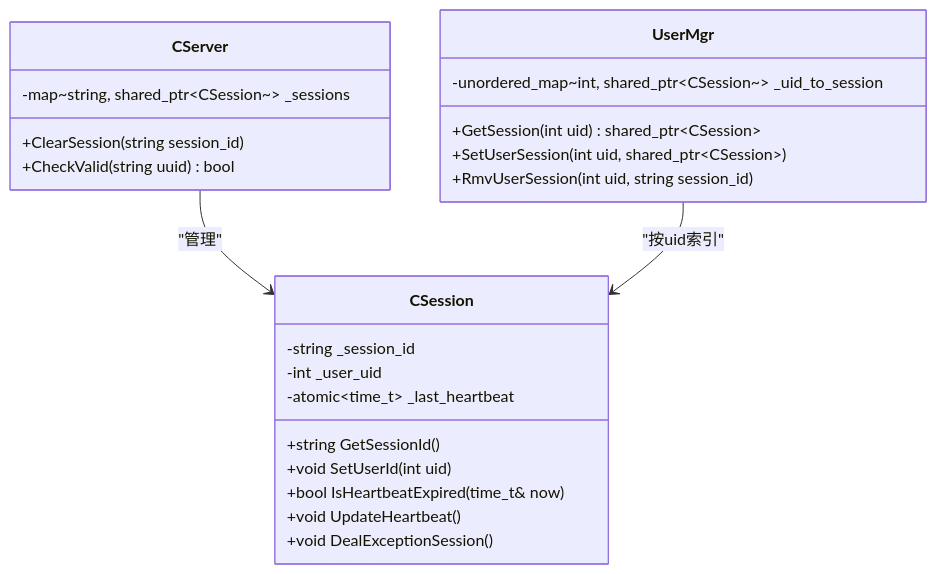
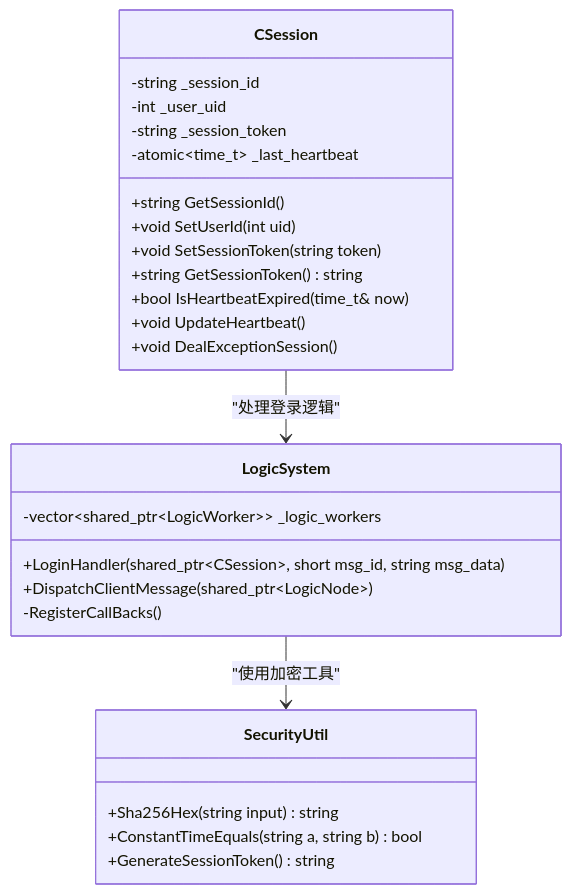
One commit to echo9923/mychatter changed the fourth of 9 diagrams in .qoder/repowiki/zh/content/安全设计/数据安全保护/会话管理安全.md. Above: the diagram before and after it, drawn with Mermaid. The commit also changed other lines of this file and 107 other files, not shown here.

````diff
--- a/.qoder/repowiki/zh/content/安全设计/数据安全保护/会话管理安全.md
+++ b/.qoder/repowiki/zh/content/安全设计/数据安全保护/会话管理安全.md
@@ -123,26 +163,29 @@
 ```mermaid
 classDiagram
 class CSession {
 +string GetSessionId()
 +void SetUserId(int uid)
++void SetSessionToken(string token)
++string GetSessionToken() string
 +bool IsHeartbeatExpired(time_t& now)
 +void UpdateHeartbeat()
 +void DealExceptionSession()
 -string _session_id
 -int _user_uid
+-string _session_token
 -atomic~time_t~ _last_heartbeat
 }
-class CServer {
-+ClearSession(string session_id)
-+CheckValid(string uuid) bool
--map~string, shared_ptr~CSession~~ _sessions
+class LogicSystem {
++LoginHandler(shared_ptr~CSession~, short msg_id, string msg_data)
++DispatchClientMessage(shared_ptr~LogicNode~)
+-RegisterCallBacks()
+-vector~shared_ptr~LogicWorker~~ _logic_workers
 }
-class UserMgr {
-+GetSession(int uid) shared_ptr~CSession~
-+SetUserSession(int uid, shared_ptr~CSession~)
-+RmvUserSession(int uid, string session_id)
--unordered_map~int, shared_ptr~CSession~~ _uid_to_session
+class SecurityUtil {
++Sha256Hex(string input) string
++ConstantTimeEquals(string a, string b) bool
++GenerateSessionToken() string
 }
-CServer --> CSession : "管理"
-UserMgr --> CSession : "按uid索引"
+CSession --> LogicSystem : "处理登录逻辑"
+LogicSystem --> SecurityUtil : "使用加密工具"
 ```
````
